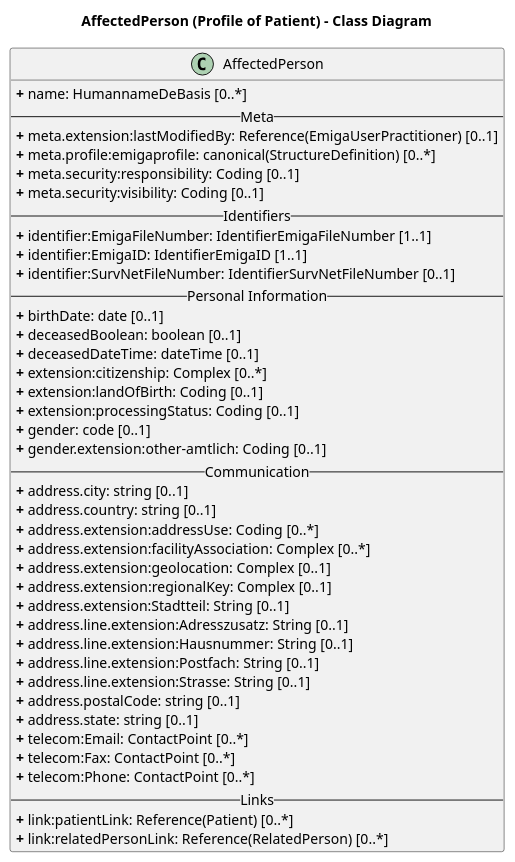
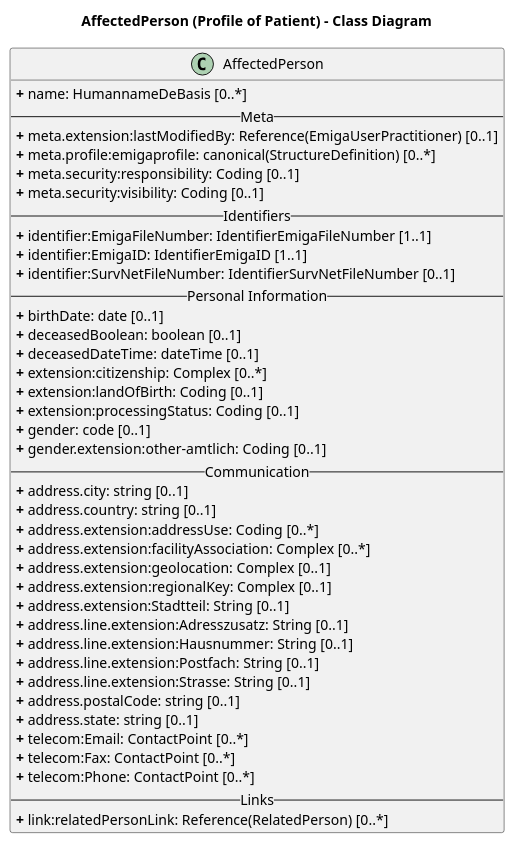
Before and after one commit to robert-koch-institut/rki.emiga.common: the diagram in rki.emiga.common/PlantUML/AffectedPerson.puml, drawn with PlantUML. The commit also changed 2 other files, not shown here.

```diff
--- a/rki.emiga.common/PlantUML/AffectedPerson.puml
+++ b/rki.emiga.common/PlantUML/AffectedPerson.puml
@@ -1,50 +1,49 @@
 @startuml
 skinparam linetype ortho
 
 title AffectedPerson (Profile of Patient) - Class Diagram
 
 ' Main Class
 class AffectedPerson{
 <b>+</b> name: HumannameDeBasis [0..*]
 -- Meta --
 <b>+</b> meta.extension:lastModifiedBy: Reference(EmigaUserPractitioner) [0..1]
 <b>+</b> meta.profile:emigaprofile: canonical(StructureDefinition) [0..*]
 <b>+</b> meta.security:responsibility: Coding [0..1]
 <b>+</b> meta.security:visibility: Coding [0..1]
 -- Identifiers --
 <b>+</b> identifier:EmigaFileNumber: IdentifierEmigaFileNumber [1..1]
 <b>+</b> identifier:EmigaID: IdentifierEmigaID [1..1]
 <b>+</b> identifier:SurvNetFileNumber: IdentifierSurvNetFileNumber [0..1]
 -- Personal Information --
 <b>+</b> birthDate: date [0..1]
 <b>+</b> deceasedBoolean: boolean [0..1]
 <b>+</b> deceasedDateTime: dateTime [0..1]
 <b>+</b> extension:citizenship: Complex [0..*]
 <b>+</b> extension:landOfBirth: Coding [0..1]
 <b>+</b> extension:processingStatus: Coding [0..1]
 <b>+</b> gender: code [0..1]
 <b>+</b> gender.extension:other-amtlich: Coding [0..1]
 -- Communication --
 <b>+</b> address.city: string [0..1]
 <b>+</b> address.country: string [0..1]
 <b>+</b> address.extension:addressUse: Coding [0..*]
 <b>+</b> address.extension:facilityAssociation: Complex [0..*]
 <b>+</b> address.extension:geolocation: Complex [0..1]
 <b>+</b> address.extension:regionalKey: Complex [0..1]
 <b>+</b> address.extension:Stadtteil: String [0..1]
 <b>+</b> address.line.extension:Adresszusatz: String [0..1]
 <b>+</b> address.line.extension:Hausnummer: String [0..1]
 <b>+</b> address.line.extension:Postfach: String [0..1]
 <b>+</b> address.line.extension:Strasse: String [0..1]
 <b>+</b> address.postalCode: string [0..1]
 <b>+</b> address.state: string [0..1]
 <b>+</b> telecom:Email: ContactPoint [0..*]
 <b>+</b> telecom:Fax: ContactPoint [0..*]
 <b>+</b> telecom:Phone: ContactPoint [0..*]
 -- Links --
-<b>+</b> link:patientLink: Reference(Patient) [0..*]
 <b>+</b> link:relatedPersonLink: Reference(RelatedPerson) [0..*]
 }
 
 
 @enduml
```
